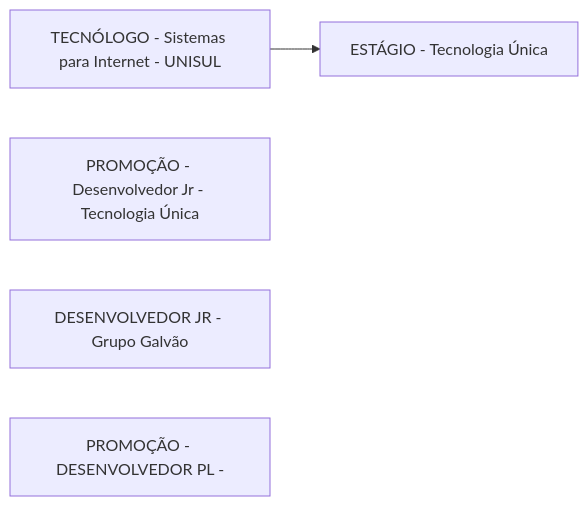
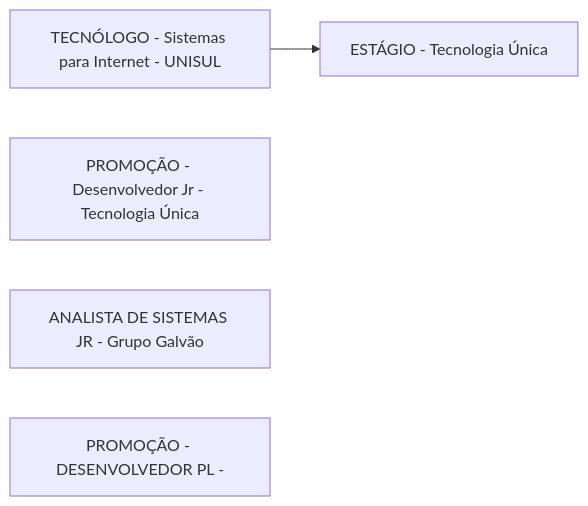
The diagram in Advanced-Business-Development-with-.NET/1º-Semestre/Aula-01-%2D-Introdução-e-Apresentação/Apresentação-do-Professor.md (rafsp/Graduacao_FIAP), drawn with Mermaid before and after one commit.

Commit message:
Updated Apresentação do Professor

```diff
--- a/Advanced-Business-Development-with-.NET/1º-Semestre/Aula-01-%2D-Introdução-e-Apresentação/Apresentação-do-Professor.md
+++ b/Advanced-Business-Development-with-.NET/1º-Semestre/Aula-01-%2D-Introdução-e-Apresentação/Apresentação-do-Professor.md
@@ -1,9 +1,9 @@
 ::: mermaid
 flowchart LR;
 a[TECNÓLOGO - Sistemas para Internet - UNISUL]
 b[ESTÁGIO - Tecnologia Única];
 c[PROMOÇÃO - Desenvolvedor Jr - Tecnologia Única];
-d[DESENVOLVEDOR JR - Grupo Galvão];
+d[ANALISTA DE SISTEMAS JR - Grupo Galvão];
 e[PROMOÇÃO - DESENVOLVEDOR PL - ]
 a-->b;
 :::
```
